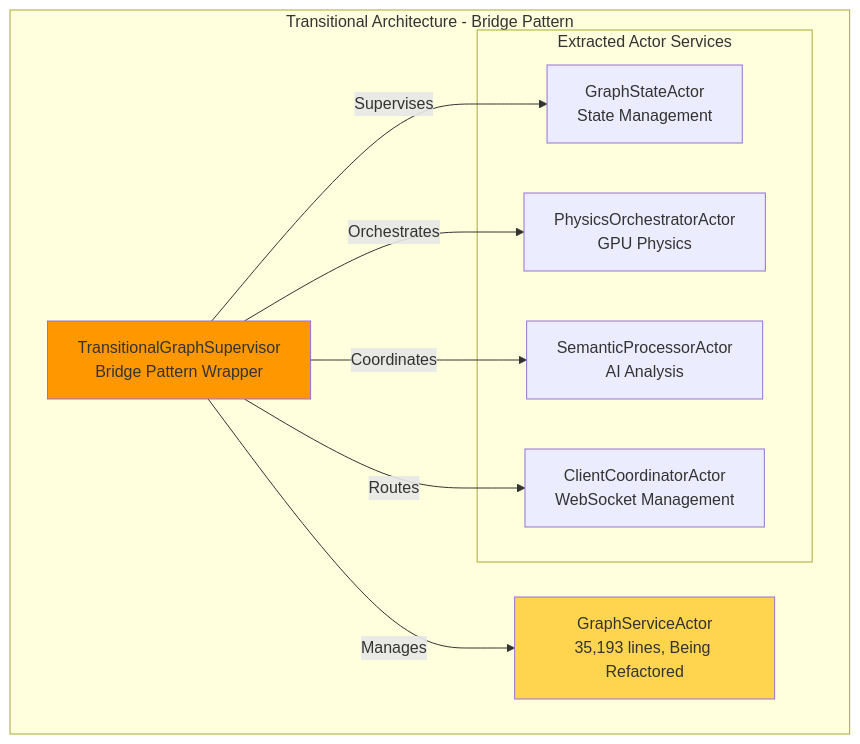
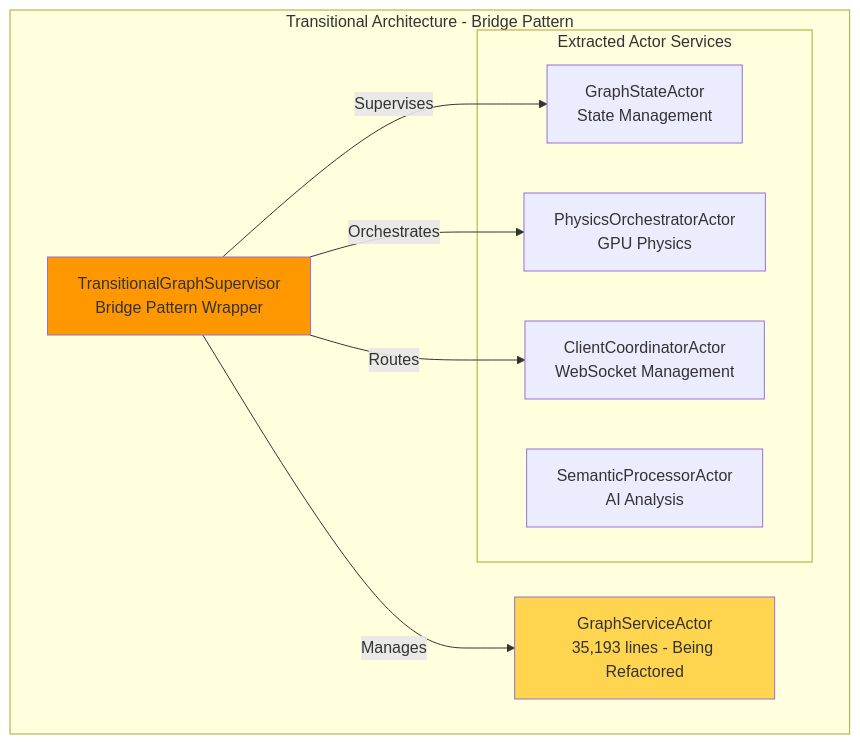
The fifth of 10 diagrams in README.md (DreamLab-AI/VisionFlow), drawn with Mermaid before and after one commit. The commit also changed other lines of this file, not shown here.

````diff
--- a/README.md
+++ b/README.md
@@ -73,23 +325,22 @@
 ```mermaid
 graph TB
     subgraph "Transitional Architecture - Bridge Pattern"
-        TransitionalSupervisor["TransitionalGraphSupervisor<br/>Bridge Pattern Wrapper"]
-        GraphActor["GraphServiceActor<br/>35,193 lines, Being Refactored"]
+        TransitionalSupervisor[TransitionalGraphSupervisor<br/>Bridge Pattern Wrapper]
+        GraphActor[GraphServiceActor<br/>35,193 lines - Being Refactored]
 
         subgraph "Extracted Actor Services"
-            GraphStateActor["GraphStateActor<br/>State Management"]
-            PhysicsOrchestrator["PhysicsOrchestratorActor<br/>GPU Physics"]
-            SemanticProcessor["SemanticProcessorActor<br/>AI Analysis"]
-            ClientCoordinator["ClientCoordinatorActor<br/>WebSocket Management"]
+            GraphStateActor[GraphStateActor<br/>State Management]
+            PhysicsOrchestrator[PhysicsOrchestratorActor<br/>GPU Physics]
+            SemanticProcessor[SemanticProcessorActor<br/>AI Analysis]
+            ClientCoordinator[ClientCoordinatorActor<br/>WebSocket Management]
         end
 
         TransitionalSupervisor -->|Manages| GraphActor
         TransitionalSupervisor -->|Supervises| GraphStateActor
         TransitionalSupervisor -->|Orchestrates| PhysicsOrchestrator
-        TransitionalSupervisor -->|Coordinates| SemanticProcessor
         TransitionalSupervisor -->|Routes| ClientCoordinator
     end
 
     style TransitionalSupervisor fill:#ff9800
     style GraphActor fill:#ffd54f
 ```
````
